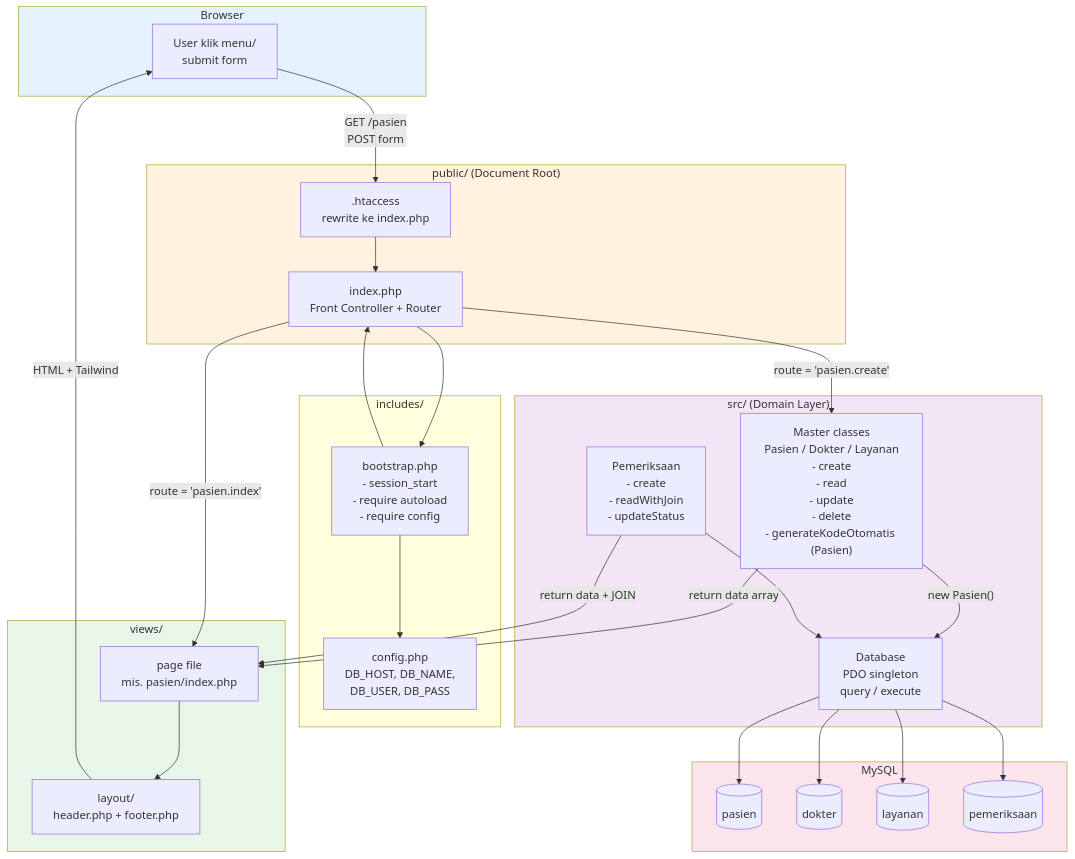
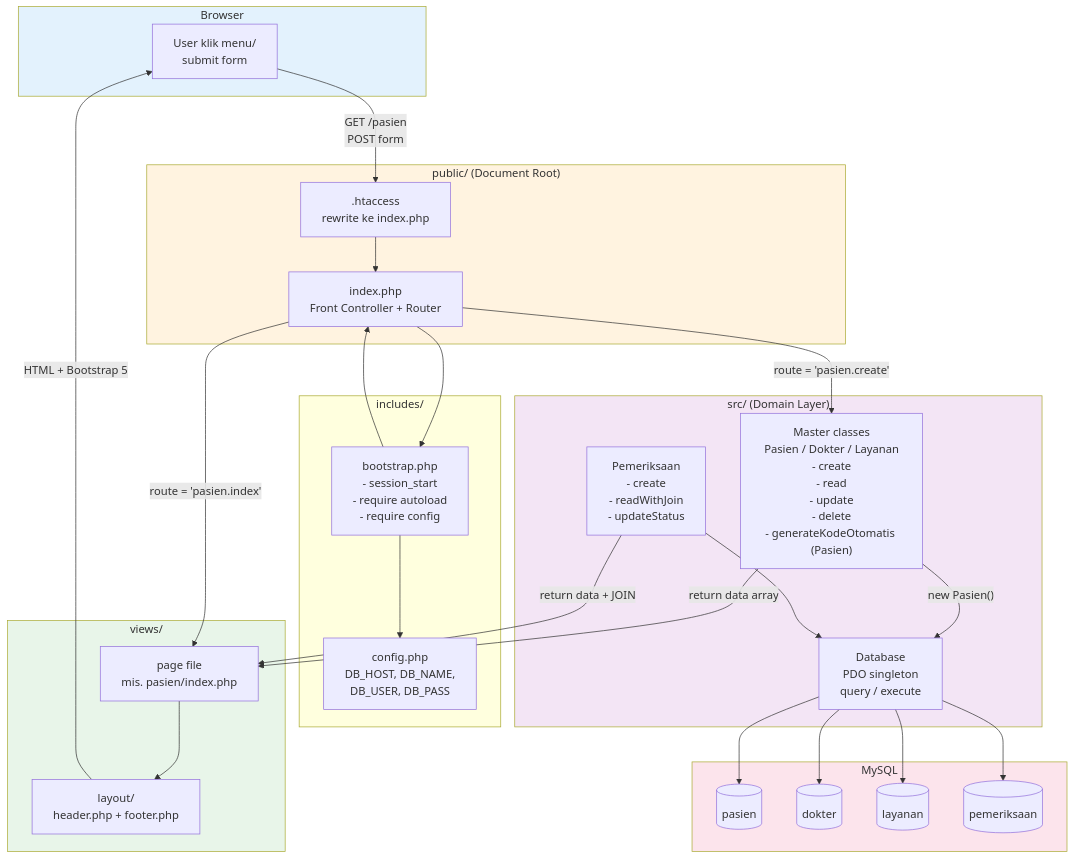
Before and after one commit to TudeOrangBiasa/silk-swarakarna-uas: the first of 2 diagrams in docs/architecture.md, drawn with Mermaid. The commit also changed other lines of this file and 4 other files, not shown here.

````diff
--- a/docs/architecture.md
+++ b/docs/architecture.md
@@ -61,58 +61,58 @@
 ```mermaid
 graph TB
     subgraph Browser["Browser"]
         UI[User klik menu/<br/>submit form]
     end
 
     subgraph Public["public/ (Document Root)"]
         HC[".htaccess<br/>rewrite ke index.php"]
         Router["index.php<br/>Front Controller + Router"]
     end
 
     subgraph Bootstrap["includes/"]
         Boot["bootstrap.php<br/>- session_start<br/>- require autoload<br/>- require config"]
         Cfg["config.php<br/>DB_HOST, DB_NAME,<br/>DB_USER, DB_PASS"]
     end
 
     subgraph Domain["src/ (Domain Layer)"]
         DBClass["Database<br/>PDO singleton<br/>query / execute"]
         Master["Master classes<br/>Pasien / Dokter / Layanan<br/>- create<br/>- read<br/>- update<br/>- delete<br/>- generateKodeOtomatis (Pasien)"]
         Trans["Pemeriksaan<br/>- create<br/>- readWithJoin<br/>- updateStatus"]
     end
 
     subgraph View["views/"]
         Layout["layout/<br/>header.php + footer.php"]
         Page["page file<br/>mis. pasien/index.php"]
     end
 
     subgraph Data["MySQL"]
         T1[(pasien)]
         T2[(dokter)]
         T3[(layanan)]
         T4[(pemeriksaan)]
     end
 
     UI -->|"GET /pasien<br/>POST form"| HC
     HC --> Router
     Router --> Boot
     Boot --> Cfg
     Boot --> Router
     Router -->|route = 'pasien.index'| Page
     Router -->|route = 'pasien.create'| Master
     Master -->|"new Pasien()"| DBClass
     DBClass --> T1
     DBClass --> T2
     DBClass --> T3
     Trans --> DBClass
     DBClass --> T4
     Master -->|return data array| Page
     Trans -->|return data + JOIN| Page
     Page --> Layout
-    Layout -->|HTML + Tailwind| UI
+    Layout -->|HTML + Bootstrap 5| UI
 
     style Browser fill:#e3f2fd
     style Public fill:#fff3e0
     style Domain fill:#f3e5f5
     style View fill:#e8f5e9
     style Data fill:#fce4ec
 ```
````
